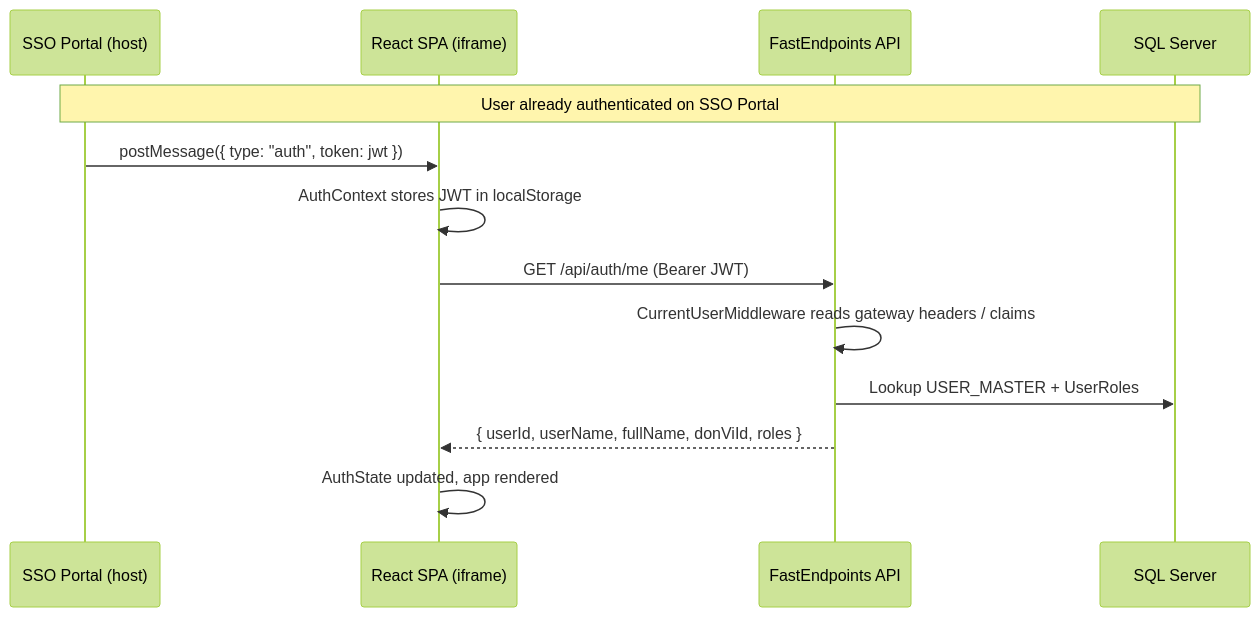
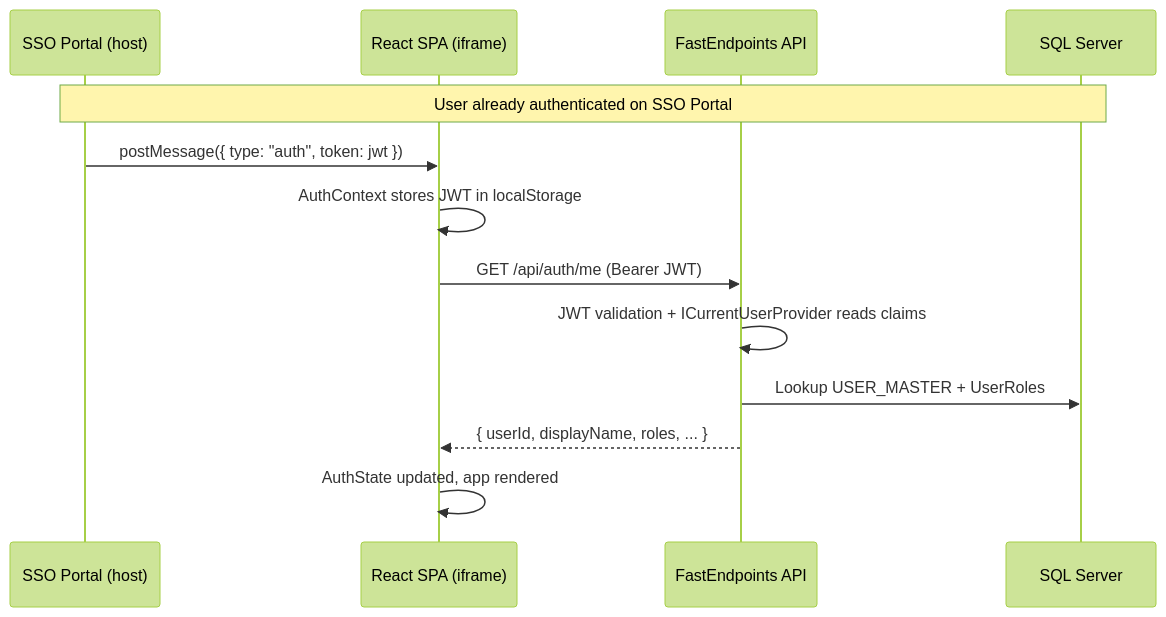
The fourth of 7 diagrams in docs/system-architecture.md (Ali-AnNT/qlnp-ttcds), drawn with Mermaid (forest theme) before and after one commit. The commit also changed other lines of this file and 13 other files, not shown here.

Commit message:
docs: update architecture, SRS, and project docs for JWT auth + leave requests

````diff
--- a/docs/system-architecture.md
+++ b/docs/system-architecture.md
@@ -219,16 +207,16 @@
 ```mermaid
 sequenceDiagram
     participant Host as SSO Portal (host)
     participant R as React SPA (iframe)
     participant API as FastEndpoints API
     participant DB as SQL Server
 
     Note over Host,DB: User already authenticated on SSO Portal
     Host->>R: postMessage({ type: "auth", token: jwt })
     R->>R: AuthContext stores JWT in localStorage
     R->>API: GET /api/auth/me (Bearer JWT)
-    API->>API: CurrentUserMiddleware reads gateway headers / claims
+    API->>API: JWT validation + ICurrentUserProvider reads claims
     API->>DB: Lookup USER_MASTER + UserRoles
-    API-->>R: { userId, userName, fullName, donViId, roles }
+    API-->>R: { userId, displayName, roles, ... }
     R->>R: AuthState updated, app rendered
 ```
````
